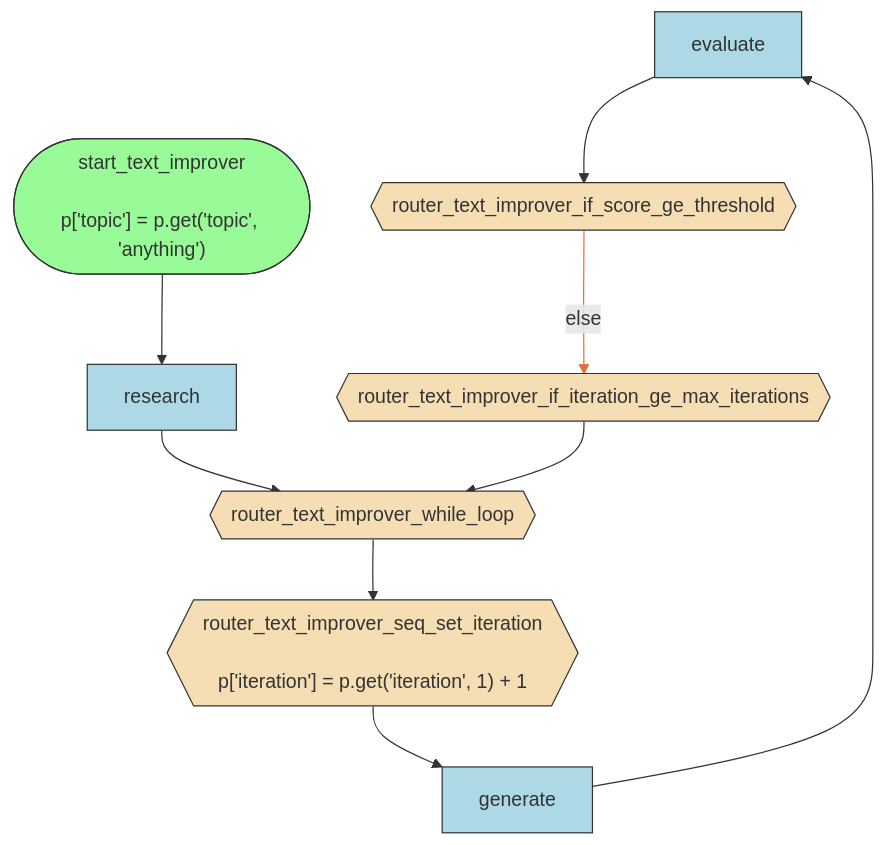
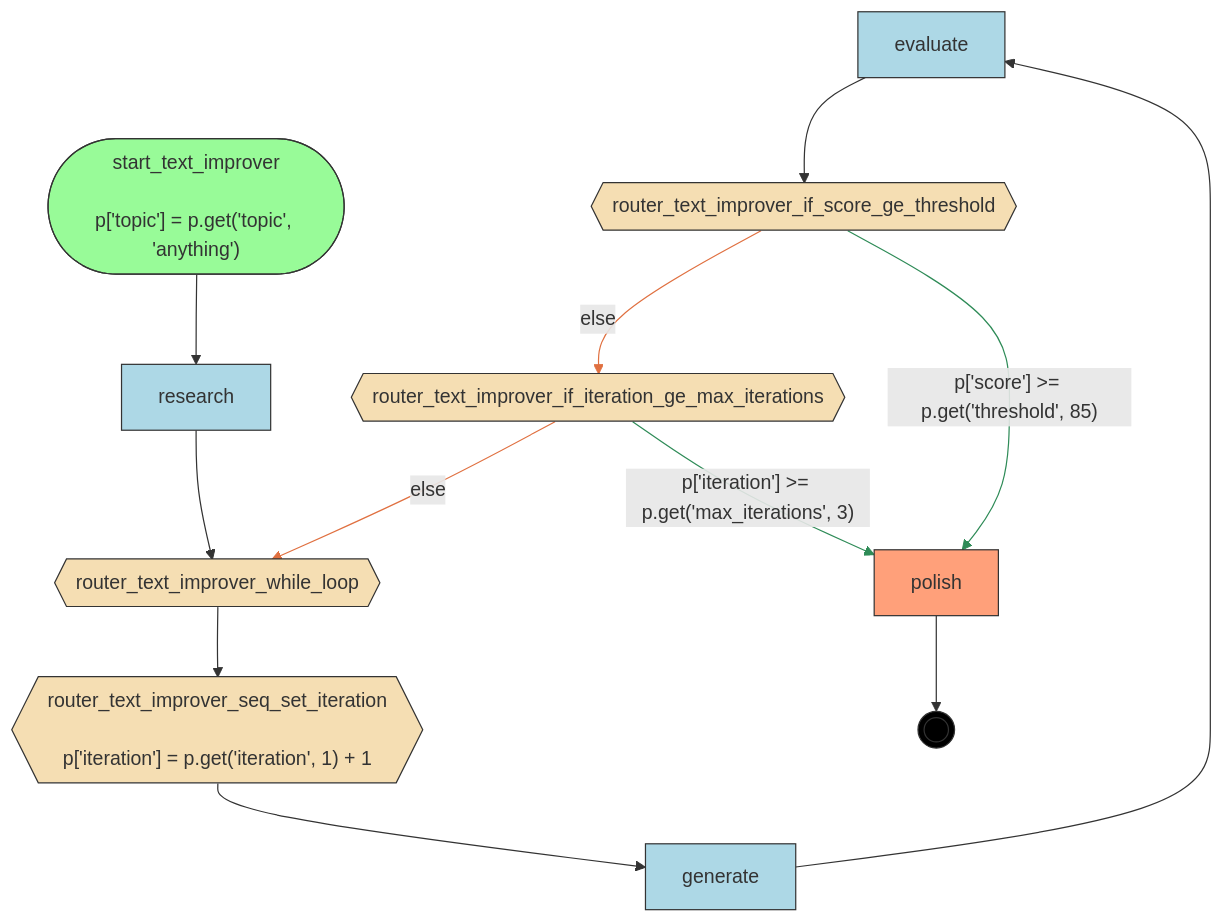
One commit to deliveryhero/asya changed the diagram in examples/demo-kubecon/compiled/text-improver/artifacts/flow.mmd. Above: the diagram before and after it, drawn with Mermaid. The commit also changed 25 other files, not shown here.

```diff
--- a/examples/demo-kubecon/compiled/text-improver/artifacts/flow.mmd
+++ b/examples/demo-kubecon/compiled/text-improver/artifacts/flow.mmd
@@ -1,30 +1,38 @@
 flowchart TD
     %% Flow: text_improver
 
     evaluate[evaluate]
     generate[generate]
+    polish[polish]
     research[research]
     router_text_improver_if_iteration_ge_max_iterations{{router_text_improver_if_iteration_ge_max_iterations}}
     router_text_improver_if_score_ge_threshold{{router_text_improver_if_score_ge_threshold}}
     router_text_improver_seq_set_iteration{{"router_text_improver_seq_set_iteration<br/><br/>p['iteration'] = p.get('iteration', 1) + 1"}}
     router_text_improver_while_loop{{router_text_improver_while_loop}}
     start_text_improver(["start_text_improver<br/><br/>p['topic'] = p.get('topic', 'anything')"])
+    __end__((( )))
 
     start_text_improver --> research
     research --> router_text_improver_while_loop
+    router_text_improver_if_iteration_ge_max_iterations -->|"p['iteration'] >= p.get('max_iterations', 3)"| polish
     router_text_improver_if_score_ge_threshold -->|"else"| router_text_improver_if_iteration_ge_max_iterations
+    router_text_improver_if_score_ge_threshold -->|"p['score'] >= p.get('threshold', 85)"| polish
     router_text_improver_seq_set_iteration --> generate
     generate --> evaluate
     evaluate --> router_text_improver_if_score_ge_threshold
     router_text_improver_while_loop --> router_text_improver_seq_set_iteration
-    router_text_improver_if_iteration_ge_max_iterations --> router_text_improver_while_loop
+    router_text_improver_if_iteration_ge_max_iterations -->|"else"| router_text_improver_while_loop
+    polish --> __end__
 
     classDef start fill:#98FB98,stroke:#333
     classDef endnode fill:#FFA07A,stroke:#333
     classDef router fill:#F5DEB3,stroke:#333
     classDef handler fill:#ADD8E6,stroke:#333
     classDef endpoint fill:#000,stroke:#333,color:#fff
     class start_text_improver start
+    class polish endnode
     class router_text_improver_if_iteration_ge_max_iterations,router_text_improver_if_score_ge_threshold,router_text_improver_seq_set_iteration,router_text_improver_while_loop router
     class evaluate,generate,research handler
-    linkStyle 2 stroke:#E07040
+    class __end__ endpoint
+    linkStyle 2,4 stroke:#2E8B57
+    linkStyle 3,9 stroke:#E07040
```
